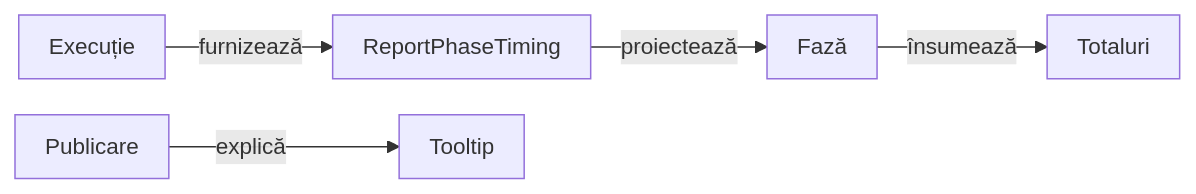
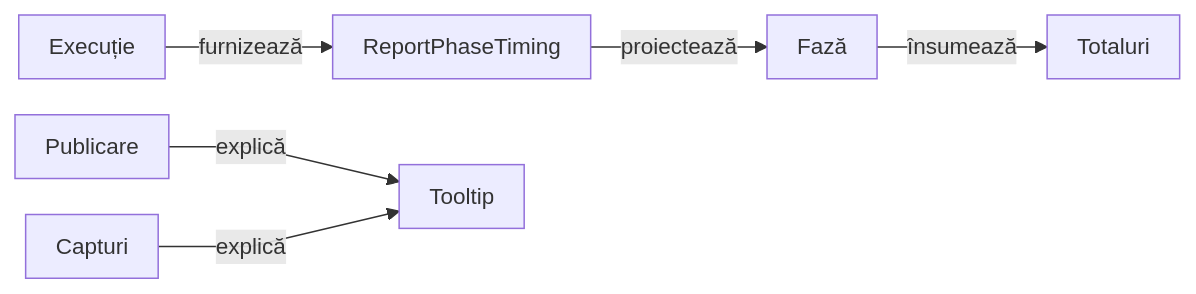
Diagram 13 of 15 in atf-reporting/README.md (crististefanita/atf_j0), drawn with Mermaid before and after one commit. The commit also changed other lines of this file and 83 other files, not shown here.

````diff
--- a/atf-reporting/README.md
+++ b/atf-reporting/README.md
@@ -1514,8 +1555,9 @@
 ```mermaid
 %%{init: {"themeVariables":{"fontSize":"15px"},"themeCSS":".nodeLabel, .nodeLabel p { font-size: 15px !important; line-height: 1.35 !important; } .edgeLabel, .edgeLabel p { font-size: 12px !important; font-weight: 400 !important; line-height: 1.2 !important; } .edgeLabel .labelBkg, .edgeLabel p { background: transparent !important; } .edgeLabel foreignObject { transform: translateY(-18px); overflow: visible; } .node rect { rx: 6px; ry: 6px; }","flowchart":{"curve":"linear","nodeSpacing":24,"rankSpacing":40,"padding":10,"diagramPadding":16}}}%%
 flowchart LR
     Execution["Execuție"] -->|furnizează| Timing["ReportPhaseTiming"]
     Timing -->|proiectează| Phase["Fază"]
     Phase -->|însumează| Scenario["Totaluri"]
     Publication["Publicare"] -->|explică| Detail["Tooltip"]
+    Capture["Capturi"] -->|explică| Detail
 ```
````
